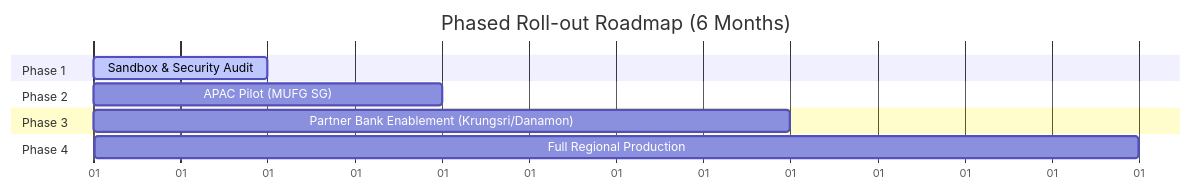
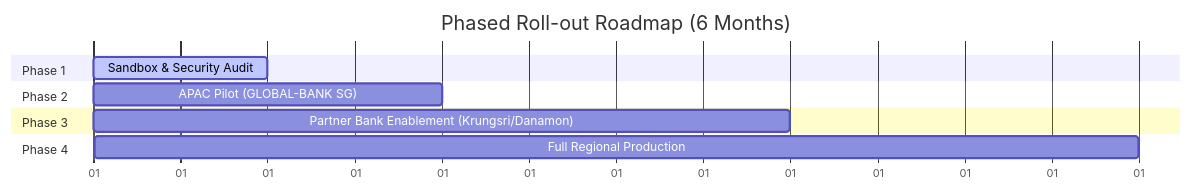
Before and after one commit to VincentChong123/doc-micro-access-ctr: the diagram in docs/mufg_digital_transformation_proposal.md, drawn with Mermaid. The commit also changed other lines of this file and 13 other files, not shown here.

````diff
--- a/docs/mufg_digital_transformation_proposal.md
+++ b/docs/mufg_digital_transformation_proposal.md
@@ -71,15 +71,15 @@
 ```mermaid
 gantt
     title Phased Roll-out Roadmap (6 Months)
     dateFormat  X
     axisFormat %d
 
     section Phase 1
     Sandbox & Security Audit :active, 0, 30
     section Phase 2
-    APAC Pilot (MUFG SG)     : 30, 60
+    APAC Pilot (GLOBAL-BANK SG)     : 30, 60
     section Phase 3
     Partner Bank Enablement (Krungsri/Danamon) : 60, 120
     section Phase 4
     Full Regional Production : 120, 180
 ```
````
